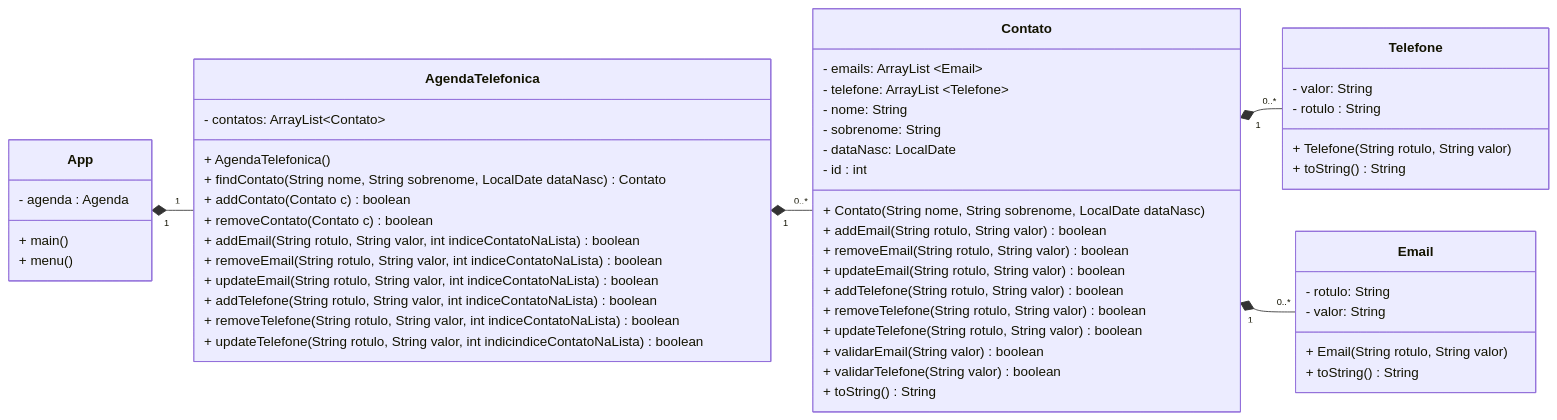
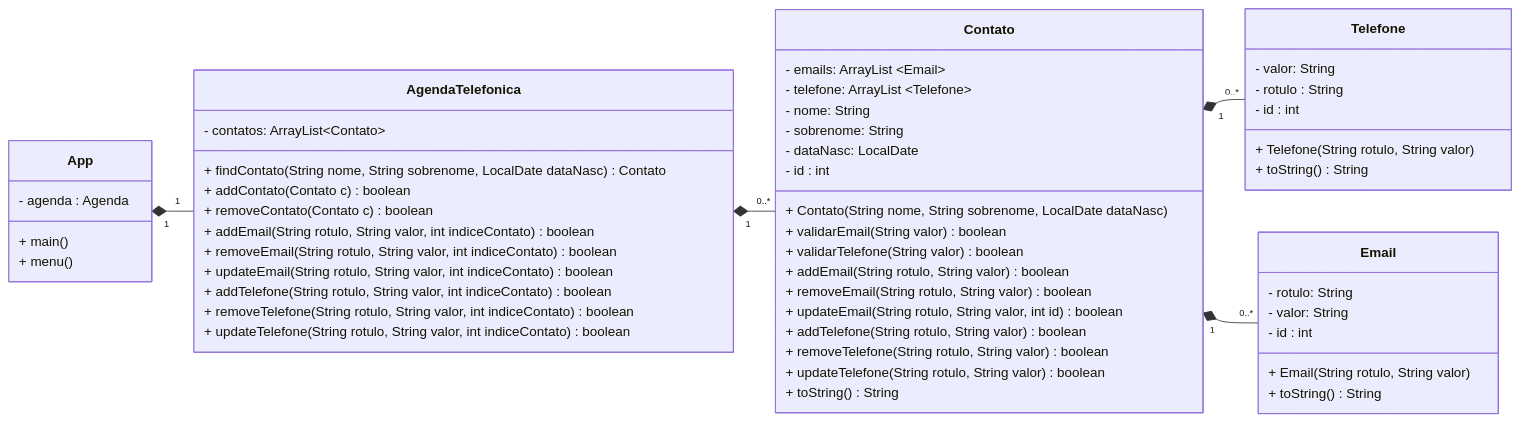
The diagram in aula17/Readme.md (hiagosantos60/POO), drawn with Mermaid before and after one commit. The commit also changed 5 other files, not shown here.

````diff
--- a/aula17/Readme.md
+++ b/aula17/Readme.md
@@ -3,71 +3,72 @@
 ``` mermaid
 classDiagram
     direction LR
 
     class App {
         - agenda : Agenda
         + main()
         + menu()
     }
 
     class AgendaTelefonica{
         - contatos: ArrayList~Contato~
         
-        + AgendaTelefonica()
         + findContato(String nome, String sobrenome, LocalDate dataNasc) Contato
         + addContato(Contato c) boolean
         + removeContato(Contato c) boolean
 
-        + addEmail(String rotulo, String valor, int indiceContatoNaLista) boolean
-        + removeEmail(String rotulo, String valor, int indiceContatoNaLista) boolean
-        + updateEmail(String rotulo, String valor, int indiceContatoNaLista) boolean
+        + addEmail(String rotulo, String valor, int indiceContato) boolean
+        + removeEmail(String rotulo, String valor, int indiceContato) boolean
+        + updateEmail(String rotulo, String valor, int indiceContato) boolean
         
-        + addTelefone(String rotulo, String valor, int indiceContatoNaLista) boolean
-        + removeTelefone(String rotulo, String valor, int indiceContatoNaLista) boolean
-        + updateTelefone(String rotulo, String valor, int indicindiceContatoNaLista) boolean
+        + addTelefone(String rotulo, String valor, int indiceContato) boolean
+        + removeTelefone(String rotulo, String valor, int indiceContato) boolean
+        + updateTelefone(String rotulo, String valor, int indiceContato) boolean
     }
     
     class Contato {
         - emails: ArrayList ~Email~
         - telefone: ArrayList ~Telefone~
         - nome: String
         - sobrenome: String
         - dataNasc: LocalDate
         - id : int
 
         + Contato(String nome, String sobrenome, LocalDate dataNasc)
+
+        + validarEmail(String valor) boolean
+        + validarTelefone(String valor) boolean
         
         + addEmail(String rotulo, String valor) boolean
         + removeEmail(String rotulo, String valor) boolean
-        + updateEmail(String rotulo, String valor) boolean
+        + updateEmail(String rotulo, String valor, int id) boolean
         
         + addTelefone(String rotulo, String valor) boolean
         + removeTelefone(String rotulo, String valor) boolean
-        + updateTelefone(String rotulo, String valor) boolean
-        
-        + validarEmail(String valor) boolean
-        + validarTelefone(String valor) boolean
+        + updateTelefone(String rotulo, String valor) boolean        
 
         + toString() String
     }
 
     class Telefone {
         - valor: String
         - rotulo : String
+        - id : int
         + Telefone (String rotulo, String valor)
         + toString() String
     }
 
     class Email{
         - rotulo: String
         - valor: String
+        - id : int
         + Email(String rotulo, String valor)
         + toString() String 
     } 
 
     App "1"*--"1" AgendaTelefonica
     AgendaTelefonica "1"*--"0..*" Contato
     Contato "1"*--"0..*" Telefone
     Contato "1"*-- "0..*"Email
 
 ```
````
